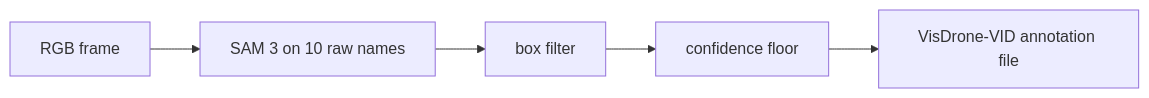
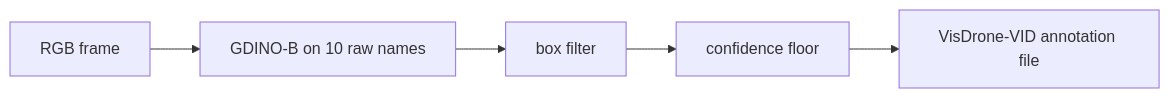
The diagram in docs/autolabel.md (vtarasv/mlops-cv), drawn with Mermaid before and after one commit. The commit also changed other lines of this file and 2 other files, not shown here.

Commit message:
docs(autolabel): stage 4 val check and Experiment 1's result; GDINO-B is the labeler's detector

````diff
--- a/docs/autolabel.md
+++ b/docs/autolabel.md
@@ -9,5 +9,5 @@
 ```mermaid
 flowchart LR
-    F[RGB frame] --> D[SAM 3 on 10 raw names] --> B[box filter] --> C[confidence floor]
+    F[RGB frame] --> D[GDINO-B on 10 raw names] --> B[box filter] --> C[confidence floor]
     C --> A[VisDrone-VID annotation file]
 ```
````
